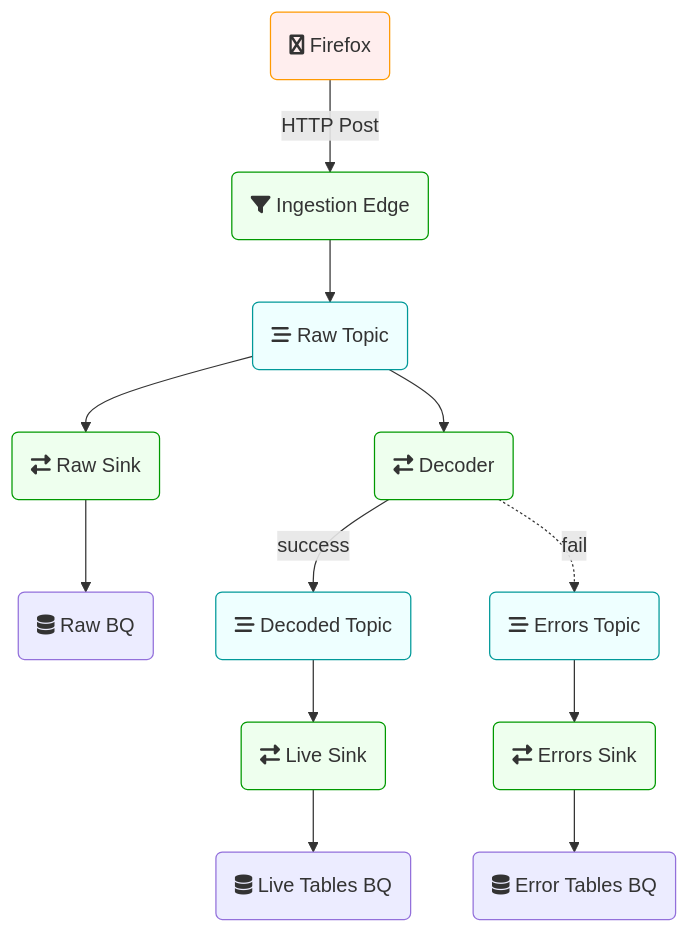
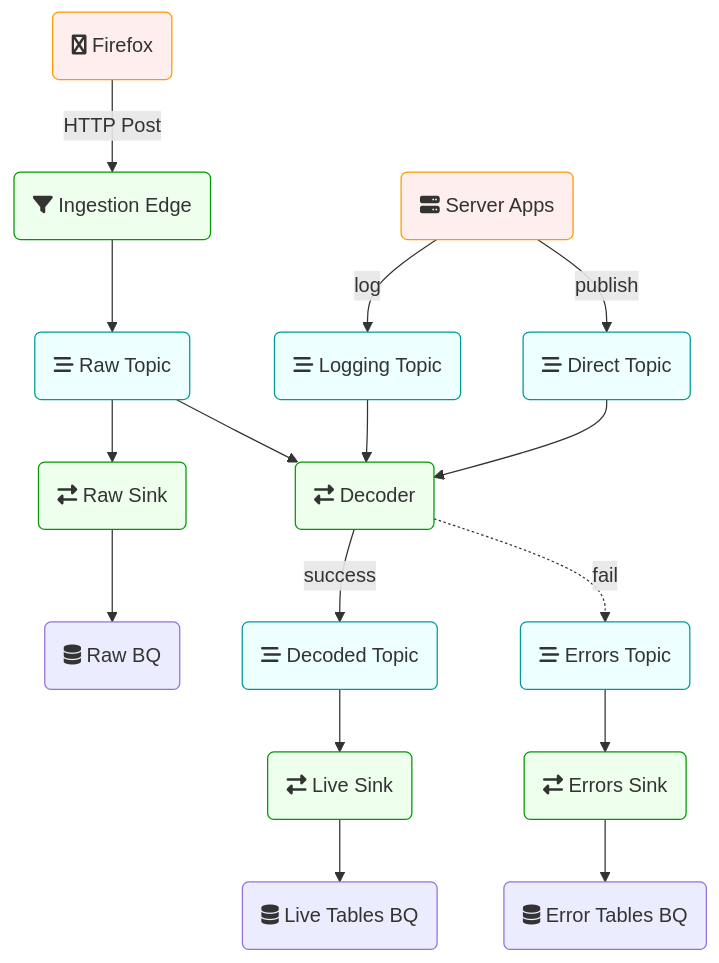
Before and after one commit to mozilla/data-docs: the diagram in src/concepts/pipeline/gcp_data_pipeline.md, drawn with Mermaid. The commit also changed other lines of this file, not shown here.

Commit message:
docs: add server-side Glean apps to pipeline overview (DENG-9533) (#927)

````diff
--- a/src/concepts/pipeline/gcp_data_pipeline.md
+++ b/src/concepts/pipeline/gcp_data_pipeline.md
@@ -14,24 +14,28 @@
 ```mermaid
 graph TD
 
 f1(fa:fa-firefox Firefox) -->|HTTP Post| d0(fa:fa-filter Ingestion Edge)
 d0 --> p1(fa:fa-stream Raw Topic)
 p1 --> d1(fa:fa-exchange-alt Raw Sink)
 d1 --> b1(fa:fa-database Raw BQ)
 p1 --> d2(fa:fa-exchange-alt Decoder)
+s1(fa:fa-server Server Apps) -->|log| p4(fa:fa-stream Logging Topic)
+s1 -->|publish| p5(fa:fa-stream Direct Topic)
+p4 --> d2
+p5 --> d2
 d2 -->|success| p2(fa:fa-stream Decoded Topic)
 d2 -.->|fail| p3(fa:fa-stream Errors Topic)
 p3 --> d4(fa:fa-exchange-alt Errors Sink)
 p2 --> d3(fa:fa-exchange-alt Live Sink)
 d3 --> b2(fa:fa-database Live Tables BQ)
 d4 --> b3(fa:fa-database Error Tables BQ)
 
 classDef pubsub fill:#eff,stroke:#099;
 classDef exec fill:#efe,stroke:#090;
 classDef producers fill:#fee,stroke:#f90;
 classDef bq fill:#ececff,stroke:#9370db;
-class p1,p2,p3 pubsub
+class p1,p2,p3,p4,p5 pubsub
 class d0,d1,d2,d3,d4 exec
-class f1 producers
+class f1,s1 producers
 class b1,b2,b3 bq
 ```
````
